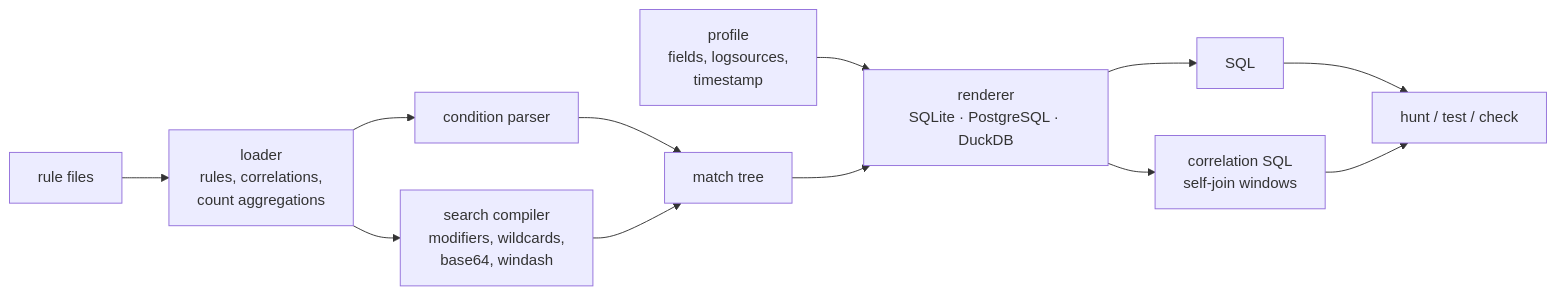
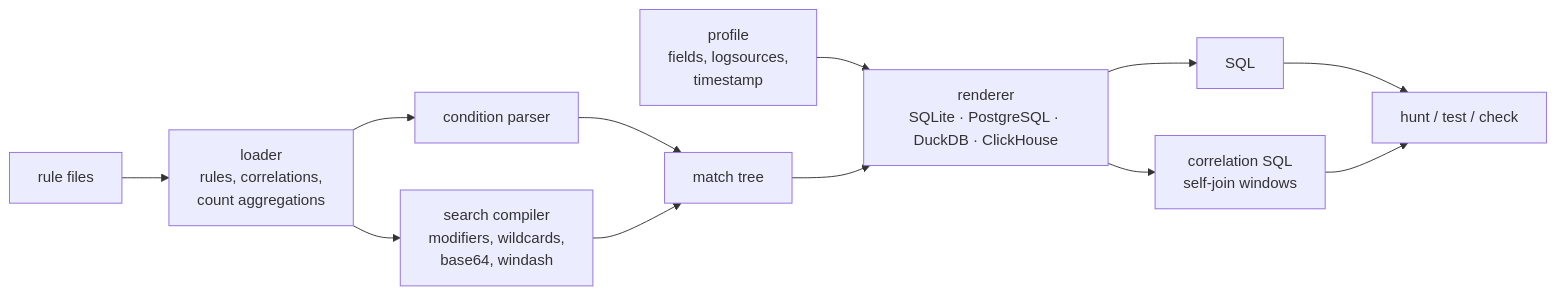
One commit to brkozer/sigma2sql changed the diagram in README.md. Above: the diagram before and after it, drawn with Mermaid. The commit also changed other lines of this file and 3 other files, not shown here.

````diff
--- a/README.md
+++ b/README.md
@@ -205,14 +262,14 @@
 ```mermaid
 flowchart LR
     Y[rule files] --> L[loader<br/>rules, correlations,<br/>count aggregations]
     L --> C[condition parser]
     L --> D[search compiler<br/>modifiers, wildcards,<br/>base64, windash]
     C --> E[match tree]
     D --> E
     P[profile<br/>fields, logsources,<br/>timestamp] --> R
-    E --> R[renderer<br/>SQLite · PostgreSQL · DuckDB]
+    E --> R[renderer<br/>SQLite · PostgreSQL · DuckDB · ClickHouse]
     R --> Q[SQL]
     R --> K[correlation SQL<br/>self-join windows]
     Q --> H[hunt / test / check]
     K --> H
 ```
````
